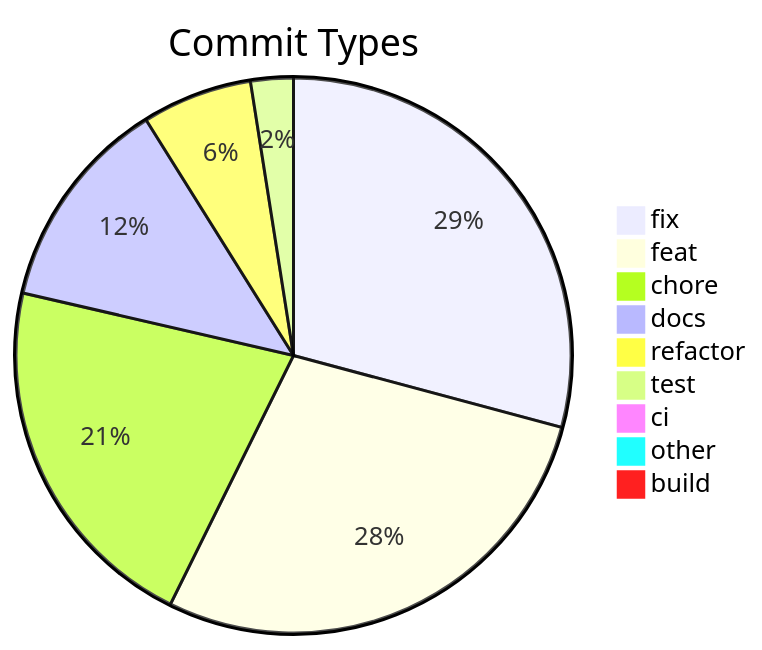
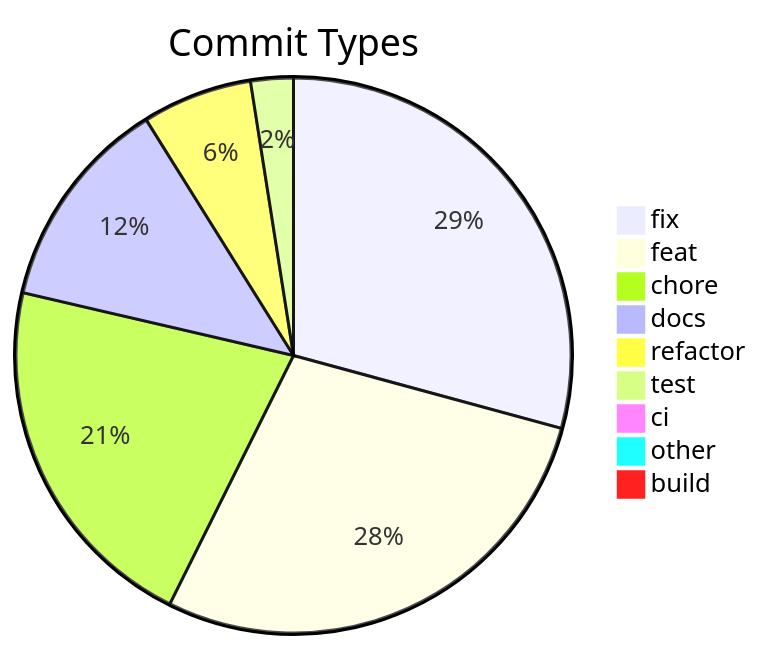
One commit to svenroth-ai/shipwright changed the diagram in .shipwright/compliance/change-history.md. Above: the diagram before and after it, drawn with Mermaid. The commit also changed other lines of this file and 15 other files, not shown here.

````diff
--- a/.shipwright/compliance/change-history.md
+++ b/.shipwright/compliance/change-history.md
@@ -8,12 +8,12 @@
 ```mermaid
 pie title Commit Types
-    "fix" : 341
+    "fix" : 342
     "feat" : 329
     "chore" : 249
     "docs" : 146
     "refactor" : 75
     "test" : 29
     "ci" : 11
     "other" : 9
     "build" : 1
 ```
````
